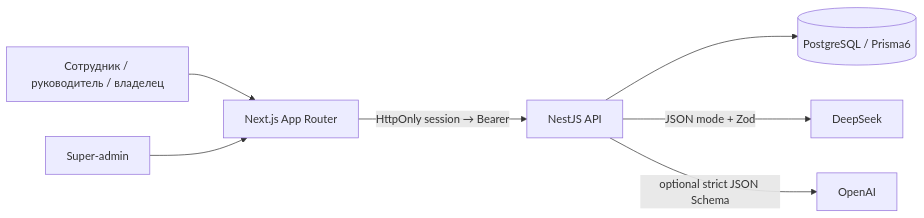
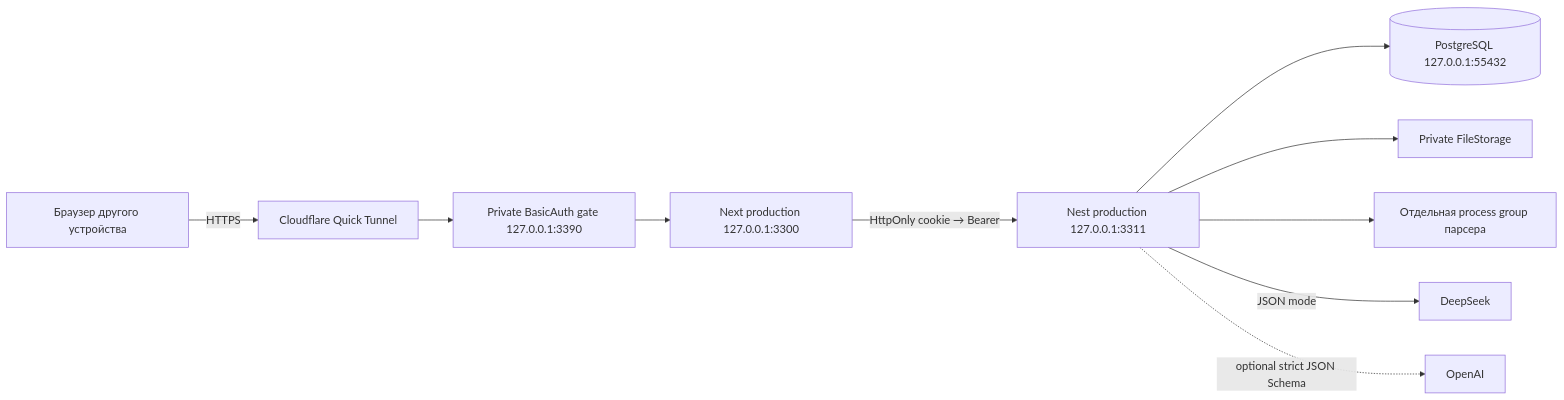
The first of 2 diagrams in docs/architecture.md (Oksnard/praktikum), drawn with Mermaid before and after one commit. The commit also changed other lines of this file and 99 other files, not shown here.

````diff
--- a/docs/architecture.md
+++ b/docs/architecture.md
@@ -3,9 +5,12 @@
 ```mermaid
 flowchart LR
- User[Сотрудник / руководитель / владелец] --> Web[Next.js App Router]
- Admin[Super-admin] --> Web
- Web -->|HttpOnly session → Bearer| API[NestJS API]
- API --> DB[(PostgreSQL / Prisma6)]
- API -->|JSON mode + Zod| DS[DeepSeek]
- API -->|optional strict JSON Schema| OA[OpenAI]
+ Browser[Браузер другого устройства] -->|HTTPS| CF[Cloudflare Quick Tunnel]
+ CF --> Gate[Private BasicAuth gate 127.0.0.1:3390]
+ Gate --> Web[Next production 127.0.0.1:3300]
+ Web -->|HttpOnly cookie → Bearer| API[Nest production 127.0.0.1:3311]
+ API --> DB[(PostgreSQL 127.0.0.1:55432)]
+ API --> Store[Private FileStorage]
+ API --> Parser[Отдельная process group парсера]
+ API -->|JSON mode| DS[DeepSeek]
+ API -. optional strict JSON Schema .-> OA[OpenAI]
 ```
````
